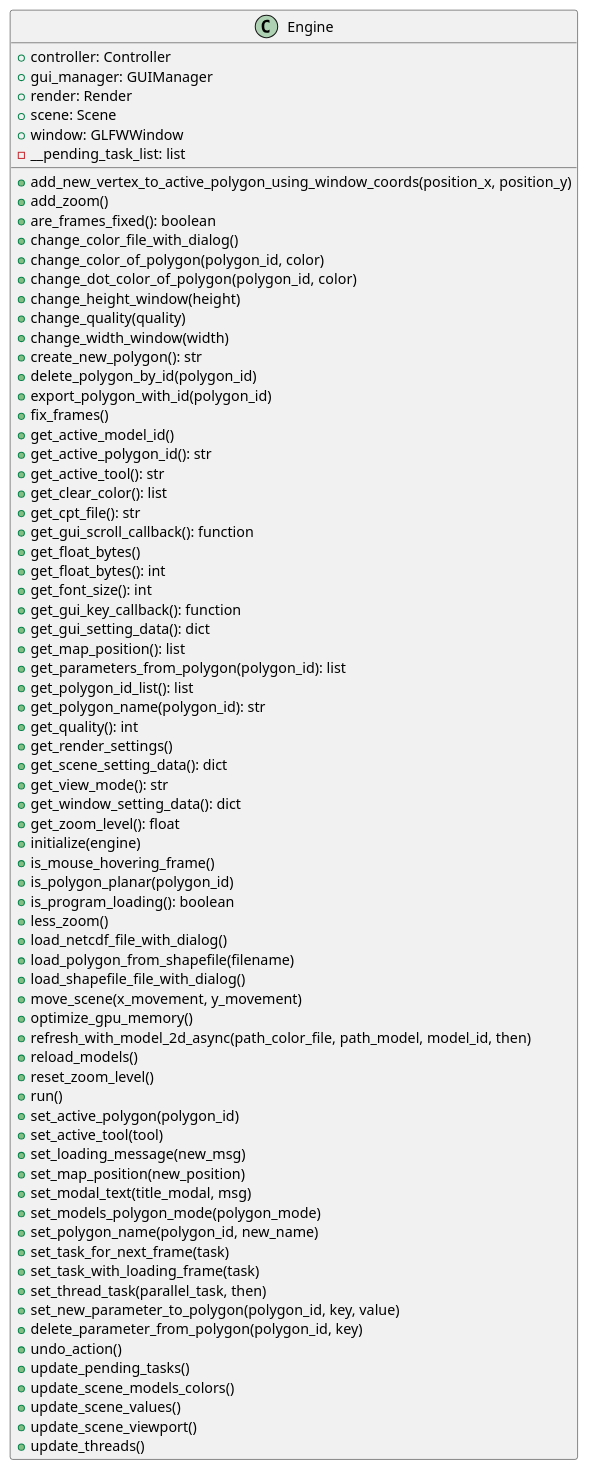
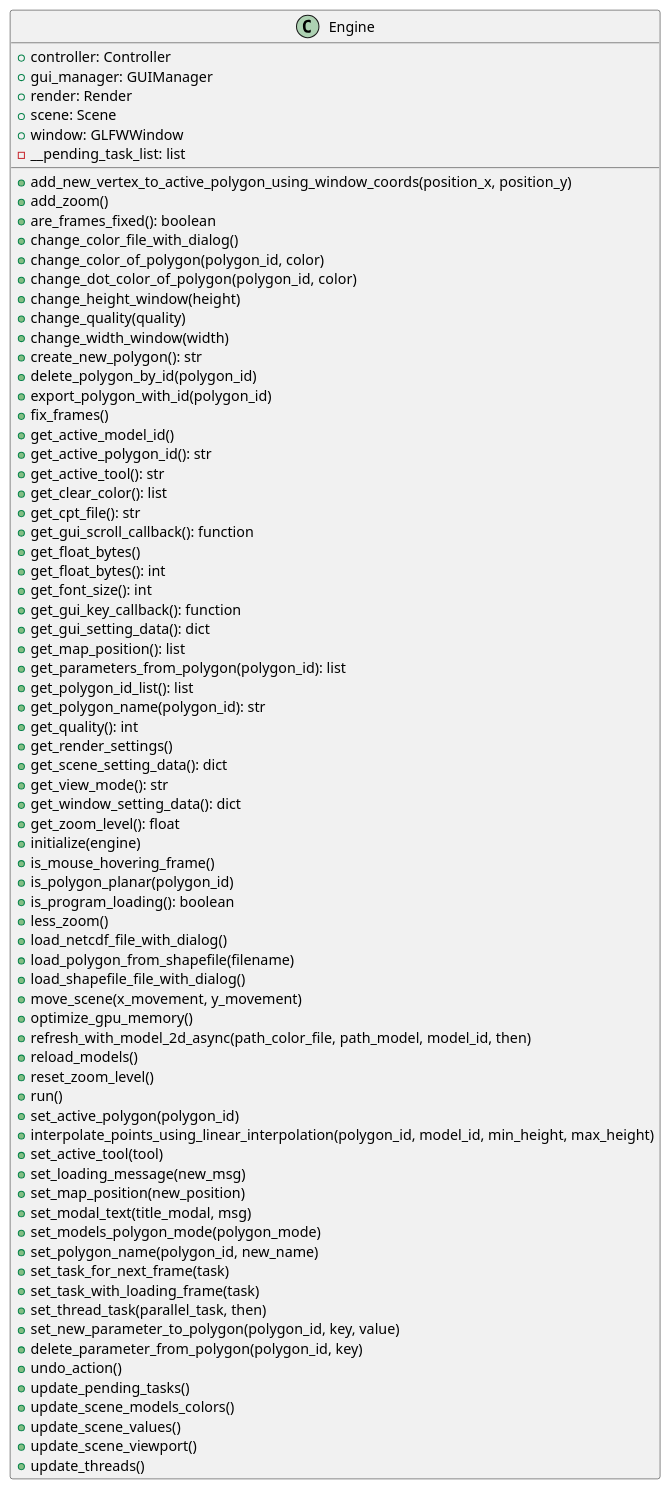
One commit to ferpoble2/Relief_Creator changed the diagram in docs/classes/Engine.puml. Above: the diagram before and after it, drawn with PlantUML. The commit also changed 7 other files, not shown here.

Commit message:
Added calls to the guimanager and the engine to realize a linear interpolation in the program

```diff
--- a/docs/classes/Engine.puml
+++ b/docs/classes/Engine.puml
@@ -1,77 +1,78 @@
 @startuml
 class Engine {
     + controller: Controller
     + gui_manager: GUIManager
     + render: Render
     + scene: Scene
     + window: GLFWWindow
     - __pending_task_list: list
     + add_new_vertex_to_active_polygon_using_window_coords(position_x, position_y)
     + add_zoom()
     + are_frames_fixed(): boolean
     + change_color_file_with_dialog()
     + change_color_of_polygon(polygon_id, color)
     + change_dot_color_of_polygon(polygon_id,  color)
     + change_height_window(height)
     + change_quality(quality)
     + change_width_window(width)
     + create_new_polygon(): str
     + delete_polygon_by_id(polygon_id)
     + export_polygon_with_id(polygon_id)
     + fix_frames()
     + get_active_model_id()
     + get_active_polygon_id(): str
     + get_active_tool(): str
     + get_clear_color(): list
     + get_cpt_file(): str
     + get_gui_scroll_callback(): function
     + get_float_bytes()
     + get_float_bytes(): int
     + get_font_size(): int
     + get_gui_key_callback(): function
     + get_gui_setting_data(): dict
     + get_map_position(): list
     + get_parameters_from_polygon(polygon_id): list
     + get_polygon_id_list(): list
     + get_polygon_name(polygon_id): str
     + get_quality(): int
     + get_render_settings()
     + get_scene_setting_data(): dict
     + get_view_mode(): str
     + get_window_setting_data(): dict
     + get_zoom_level(): float
     + initialize(engine)
     + is_mouse_hovering_frame()
     + is_polygon_planar(polygon_id)
     + is_program_loading(): boolean
     + less_zoom()
     + load_netcdf_file_with_dialog()
     + load_polygon_from_shapefile(filename)
     + load_shapefile_file_with_dialog()
     + move_scene(x_movement, y_movement)
     + optimize_gpu_memory()
     + refresh_with_model_2d_async(path_color_file, path_model, model_id, then)
     + reload_models()
     + reset_zoom_level()
     + run()
     + set_active_polygon(polygon_id)
+    + interpolate_points_using_linear_interpolation(polygon_id, model_id, min_height, max_height)
     + set_active_tool(tool)
     + set_loading_message(new_msg)
     + set_map_position(new_position)
     + set_modal_text(title_modal, msg)
     + set_models_polygon_mode(polygon_mode)
     + set_polygon_name(polygon_id, new_name)
     + set_task_for_next_frame(task)
     + set_task_with_loading_frame(task)
     + set_thread_task(parallel_task, then)
     + set_new_parameter_to_polygon(polygon_id, key, value)
     + delete_parameter_from_polygon(polygon_id, key)
     + undo_action()
     + update_pending_tasks()
     + update_scene_models_colors()
     + update_scene_values()
     + update_scene_viewport()
     + update_threads()
 }
 
 @enduml
```
